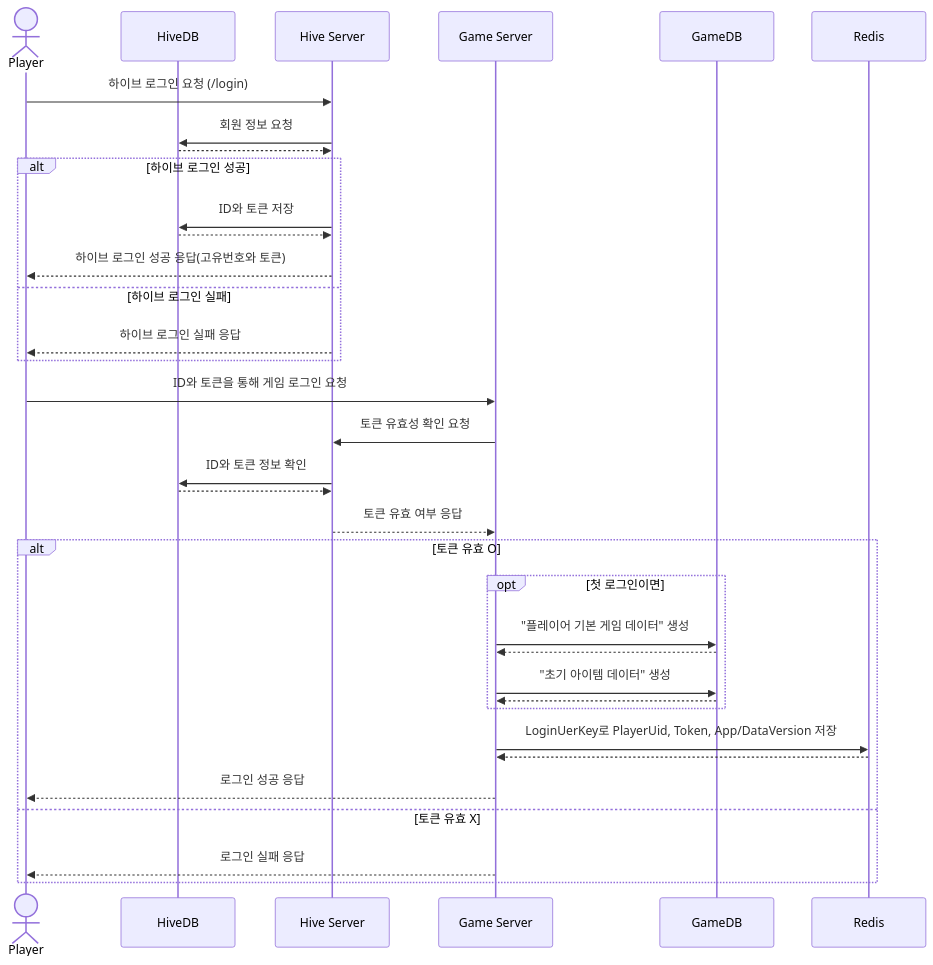
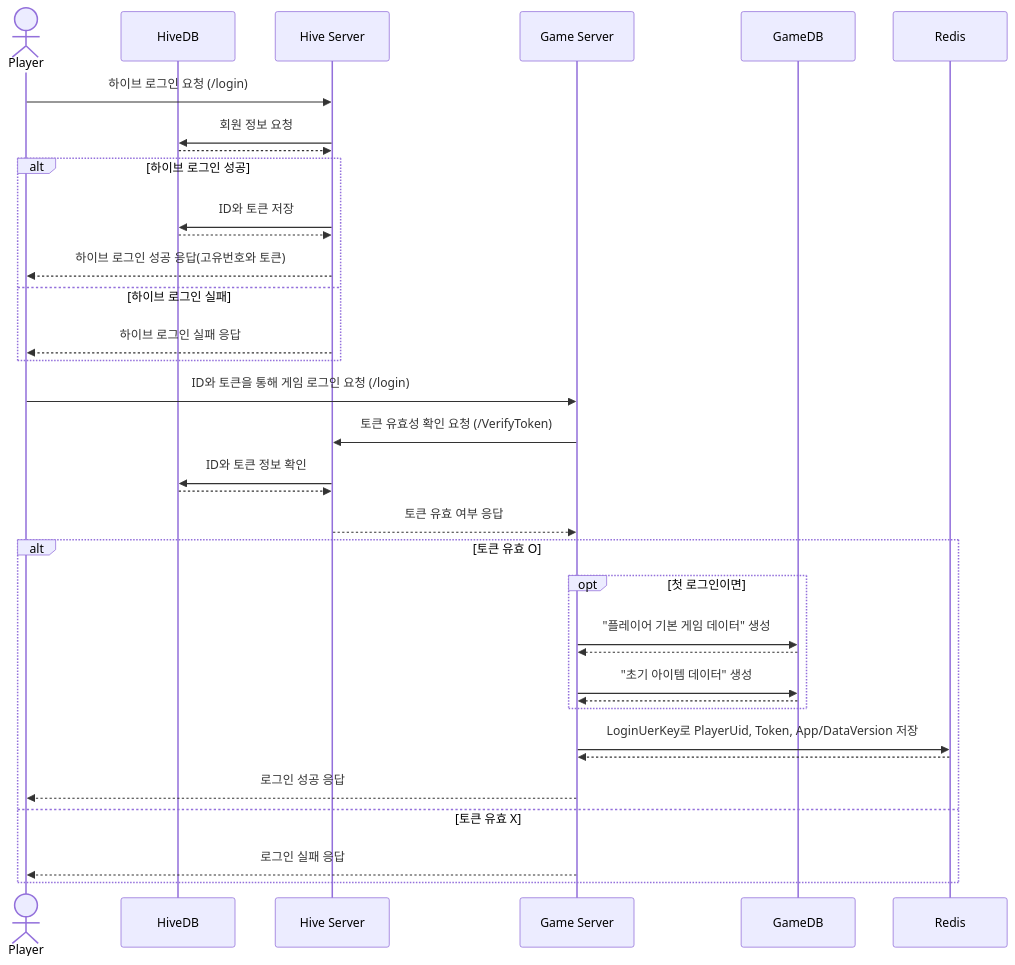
The second of 2 diagrams in SequenceDiagram/Register-Login.md (yujinS0/Omok-Game), drawn with Mermaid before and after one commit.

````diff
--- a/SequenceDiagram/Register-Login.md
+++ b/SequenceDiagram/Register-Login.md
@@ -23,50 +23,50 @@
 ```mermaid
 sequenceDiagram
 	actor P as Player
 	participant HD as HiveDB
 	participant H as Hive Server
 	participant G as Game Server
 	participant GD as GameDB
 	participant R as Redis
 	
 	P ->> H: 하이브 로그인 요청 (/login)
   	H ->> HD : 회원 정보 요청
   	HD -->> H : 
 
 	alt 하이브 로그인 성공
 		H ->> HD : ID와 토큰 저장
 		HD -->> H : 
 		H -->> P : 하이브 로그인 성공 응답(고유번호와 토큰) 
 	else 하이브 로그인 실패
 		H -->> P : 하이브 로그인 실패 응답
 	end
 
-	P ->> G : ID와 토큰을 통해 게임 로그인 요청
-	G ->> H : 토큰 유효성 확인 요청
+	P ->> G : ID와 토큰을 통해 게임 로그인 요청 (/login)
+	G ->> H : 토큰 유효성 확인 요청 (/VerifyToken)
 	H ->> HD : ID와 토큰 정보 확인
 	HD -->> H :  
 	H -->> G : 토큰 유효 여부 응답
 
 	alt 토큰 유효 O
 		opt 첫 로그인이면
 			G ->> GD : "플레이어 기본 게임 데이터" 생성
 			GD -->> G : 
 			G ->> GD : "초기 아이템 데이터" 생성
 			GD -->> G :  
 		end
 
 		G ->> R : LoginUerKey로 PlayerUid, Token, App/DataVersion 저장
 	  	R -->> G :  
 
 		G -->> P : 로그인 성공 응답
 	else 토큰 유효 X
 		G -->> P : 로그인 실패 응답
 	end
 
 
 
 
 
 
 
 ```
````
